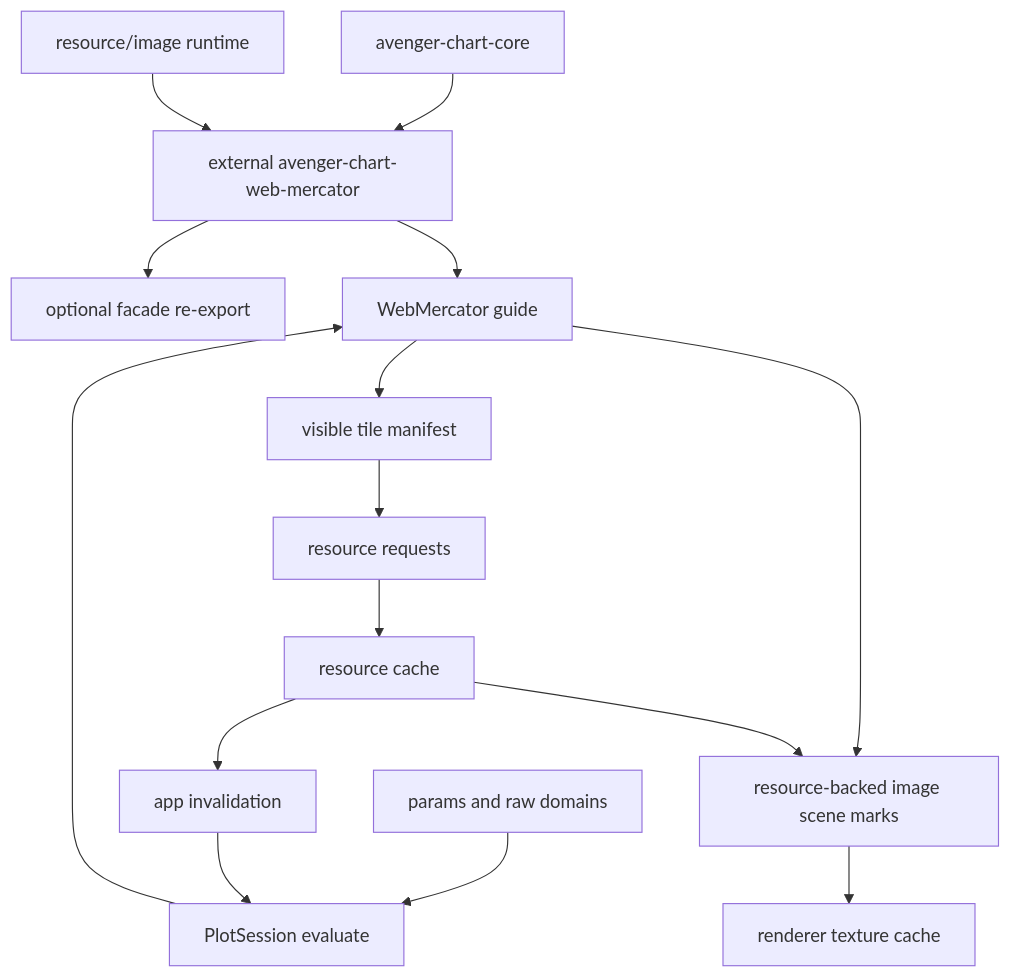
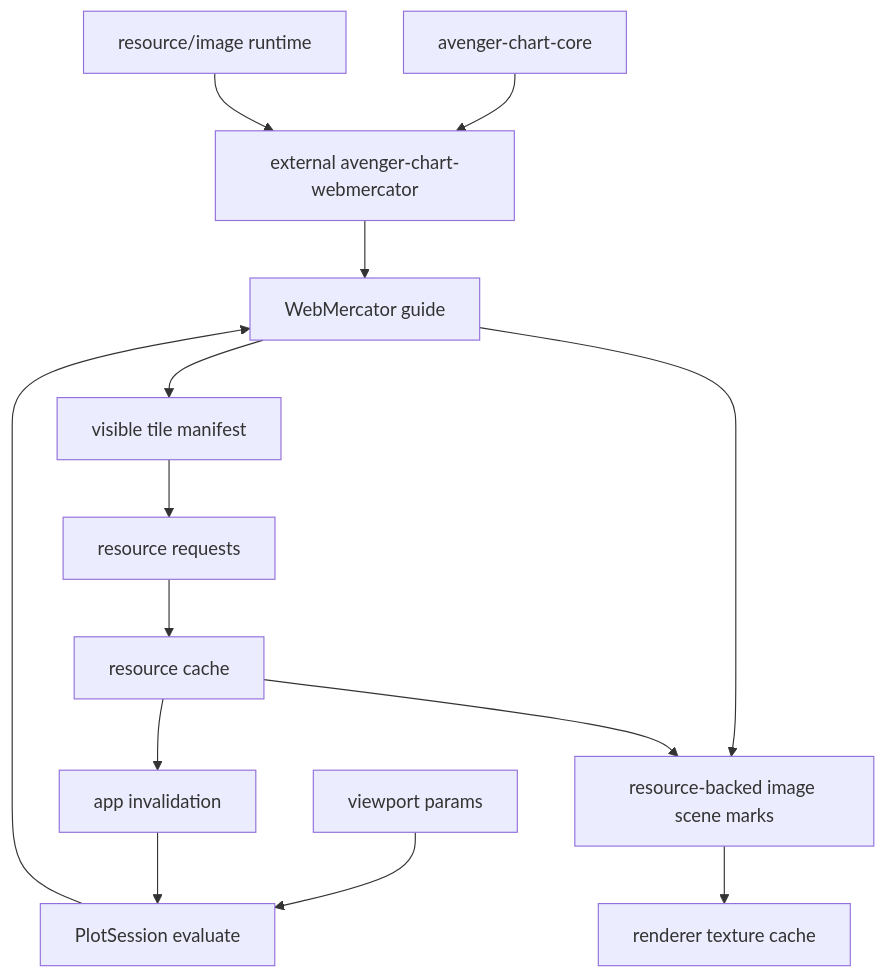
One commit to jonmmease/avenger changed the diagram in avenger-chart/docs/future-work/map-tiles.md. Above: the diagram before and after it, drawn with Mermaid. The commit also changed other lines of this file and 37 other files, not shown here.

Commit message:
feat(chart): add webmercator coordinate crate

````diff
--- a/avenger-chart/docs/future-work/map-tiles.md
+++ b/avenger-chart/docs/future-work/map-tiles.md
@@ -113,31 +127,29 @@
 ```mermaid
 flowchart TD
     Core["avenger-chart-core"]
-    WebMercator["external avenger-chart-web-mercator"]
+    WebMercator["external avenger-chart-webmercator"]
     Resources["resource/image runtime"]
-    Facade["optional facade re-export"]
-    Params["params and raw domains"]
+    Params["viewport params"]
     Session["PlotSession evaluate"]
     Guide["WebMercator guide"]
     Manifest["visible tile manifest"]
     Requests["resource requests"]
     Cache["resource cache"]
     Scene["resource-backed image scene marks"]
     Renderer["renderer texture cache"]
     App["app invalidation"]
 
     Core --> WebMercator
     Resources --> WebMercator
-    WebMercator --> Facade
     Params --> Session
     Session --> Guide
     WebMercator --> Guide
     Guide --> Manifest
     Manifest --> Requests
     Requests --> Cache
     Cache --> App
     Guide --> Scene
     Cache --> Scene
     Scene --> Renderer
     App --> Session
 ```
````
